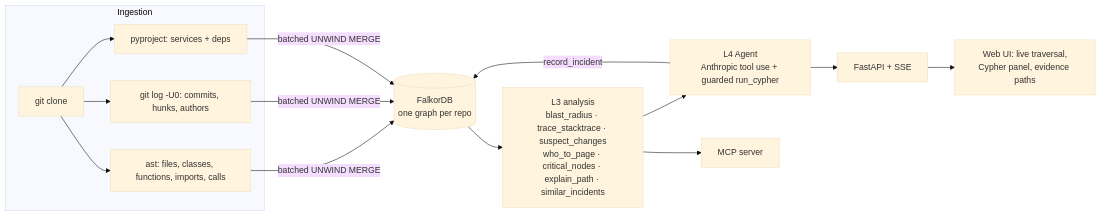
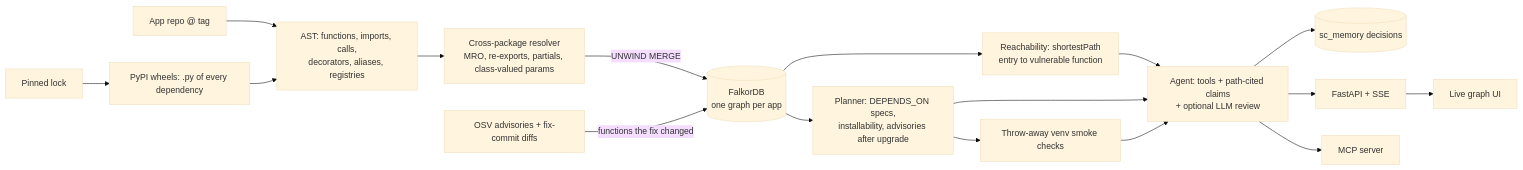
Before and after one commit to KrishnaAgarwal2206/blast-radius-falkordb: the diagram in README.md, drawn with Mermaid (base theme). The commit also changed other lines of this file and 39 other files, not shown here.

Commit message:
Supply mode complete: MAYBE_CALLS dynamic-dispatch honesty, cookiecutter app, ground truth, benchmark, UI, replays, tests

````diff
--- a/README.md
+++ b/README.md
@@ -34,15 +60,16 @@
 ```mermaid
 flowchart LR
-  subgraph L1[Ingestion]
-    A[git clone] --> B[ast: files, classes, functions, imports, calls]
-    A --> C[git log -U0: commits, hunks, authors]
-    A --> D[pyproject: services + deps]
-  end
-  B & C & D -->|batched UNWIND MERGE| F[(FalkorDB<br/>one graph per repo)]
-  F --> L3[L3 analysis<br/>blast_radius · trace_stacktrace · suspect_changes<br/>who_to_page · critical_nodes · explain_path · similar_incidents]
-  L3 --> L4[L4 Agent<br/>Anthropic tool use + guarded run_cypher]
-  L3 --> MCP[MCP server]
-  L4 -->|record_incident| F
-  L4 --> API[FastAPI + SSE]
-  API --> UI[Web UI: live traversal,<br/>Cypher panel, evidence paths]
+  A[App repo @ tag] --> P[AST: functions, imports, calls,<br/>decorators, aliases, registries]
+  L[Pinned lock] --> D[PyPI wheels: .py of every dependency]
+  D --> P
+  P --> R[Cross-package resolver<br/>MRO, re-exports, partials, class-valued params]
+  R -->|UNWIND MERGE| F[(FalkorDB<br/>one graph per app)]
+  O[OSV advisories + fix-commit diffs] -->|functions the fix changed| F
+  F --> Q[Reachability: shortestPath<br/>entry to vulnerable function]
+  F --> Pl[Planner: DEPENDS_ON specs,<br/>installability, advisories after upgrade]
+  Pl --> V[Throw-away venv smoke checks]
+  Q & Pl & V --> G[Agent: tools + path-cited claims<br/>+ optional LLM review]
+  G --> M[(sc_memory decisions)]
+  G --> API[FastAPI + SSE] --> UI[Live graph UI]
+  G --> MCP[MCP server]
 ```
````
